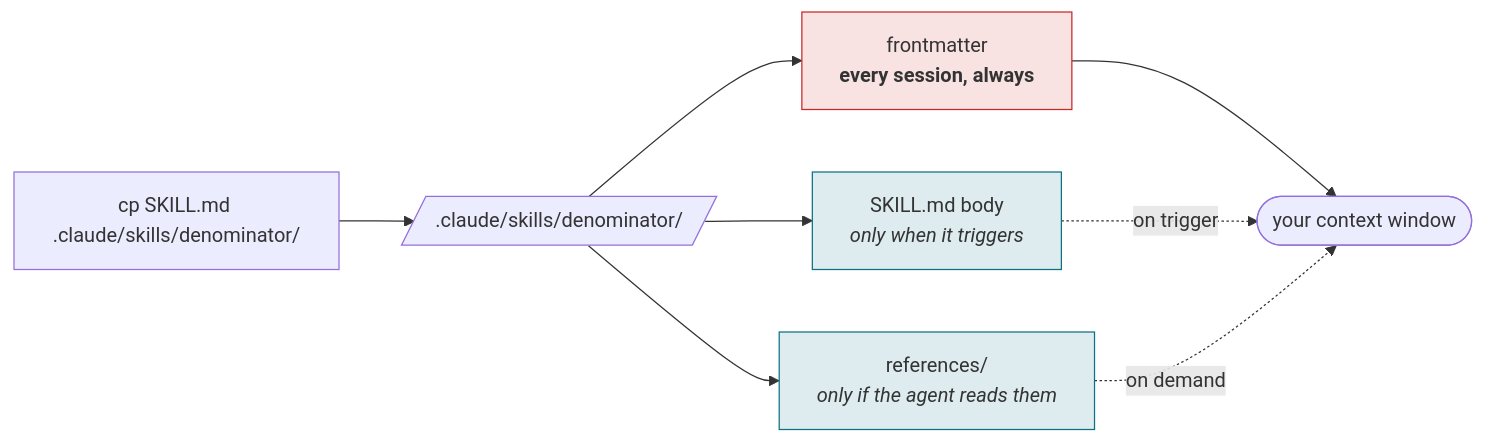
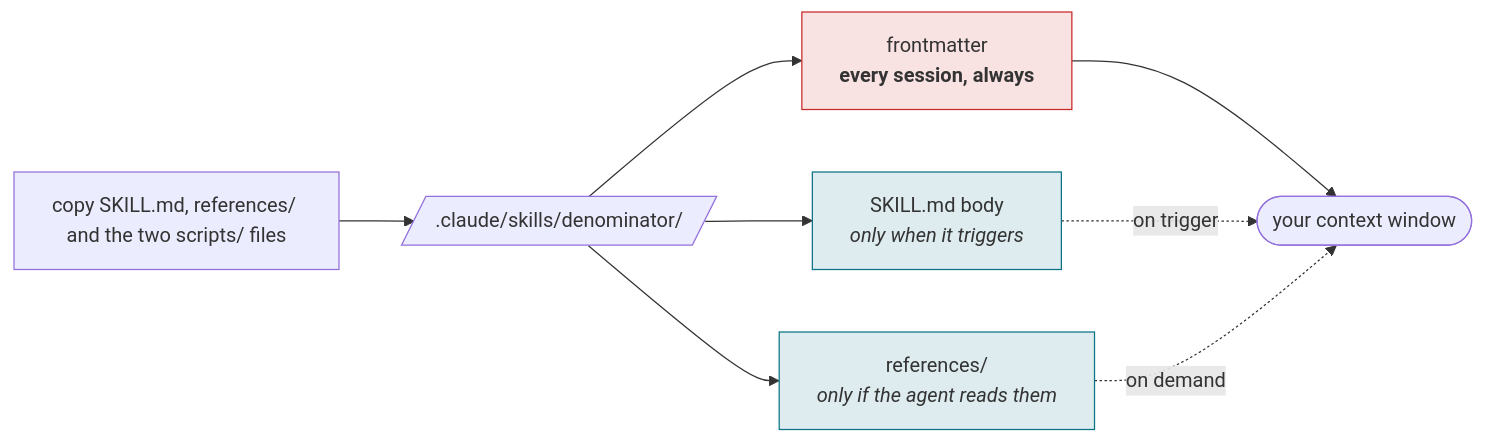
One commit to efaimo-ai/denominator changed the fourth of 5 diagrams in README.md. Above: the diagram before and after it, drawn with Mermaid. The commit also changed other lines of this file and 10 other files, not shown here.

````diff
--- a/README.md
+++ b/README.md
@@ -404,14 +409,14 @@
 ```mermaid
 flowchart LR
-    N["cp SKILL.md .claude/skills/denominator/"] --> D[/".claude/skills/denominator/"/]
+    N["copy SKILL.md, references/ and the two scripts/ files"] --> D[/".claude/skills/denominator/"/]
     D --> M["frontmatter<br/><b>every session, always</b>"]
     D --> B["SKILL.md body<br/><i>only when it triggers</i>"]
     D --> R["references/<br/><i>only if the agent reads them</i>"]
     M --> S(["your context window"])
     B -.->|"on trigger"| S
     R -.->|"on demand"| S
     classDef always fill:#c9282822,stroke:#c92828,stroke-width:1px;
     classDef lazy fill:#0b728522,stroke:#0b7285,stroke-width:1px;
     class M always;
     class B,R lazy;
 ```
````
